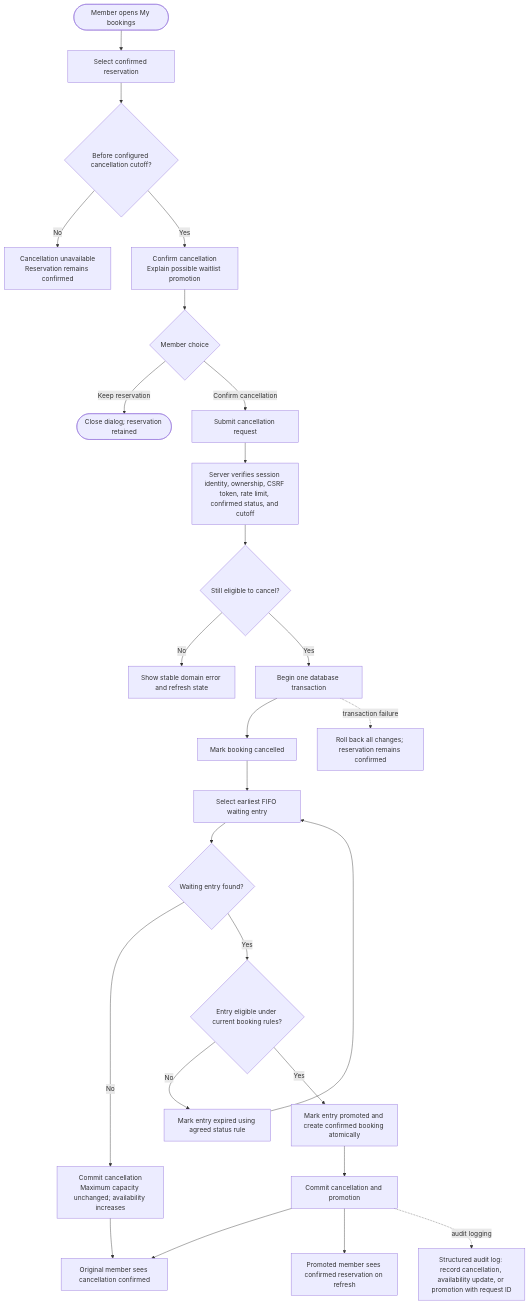
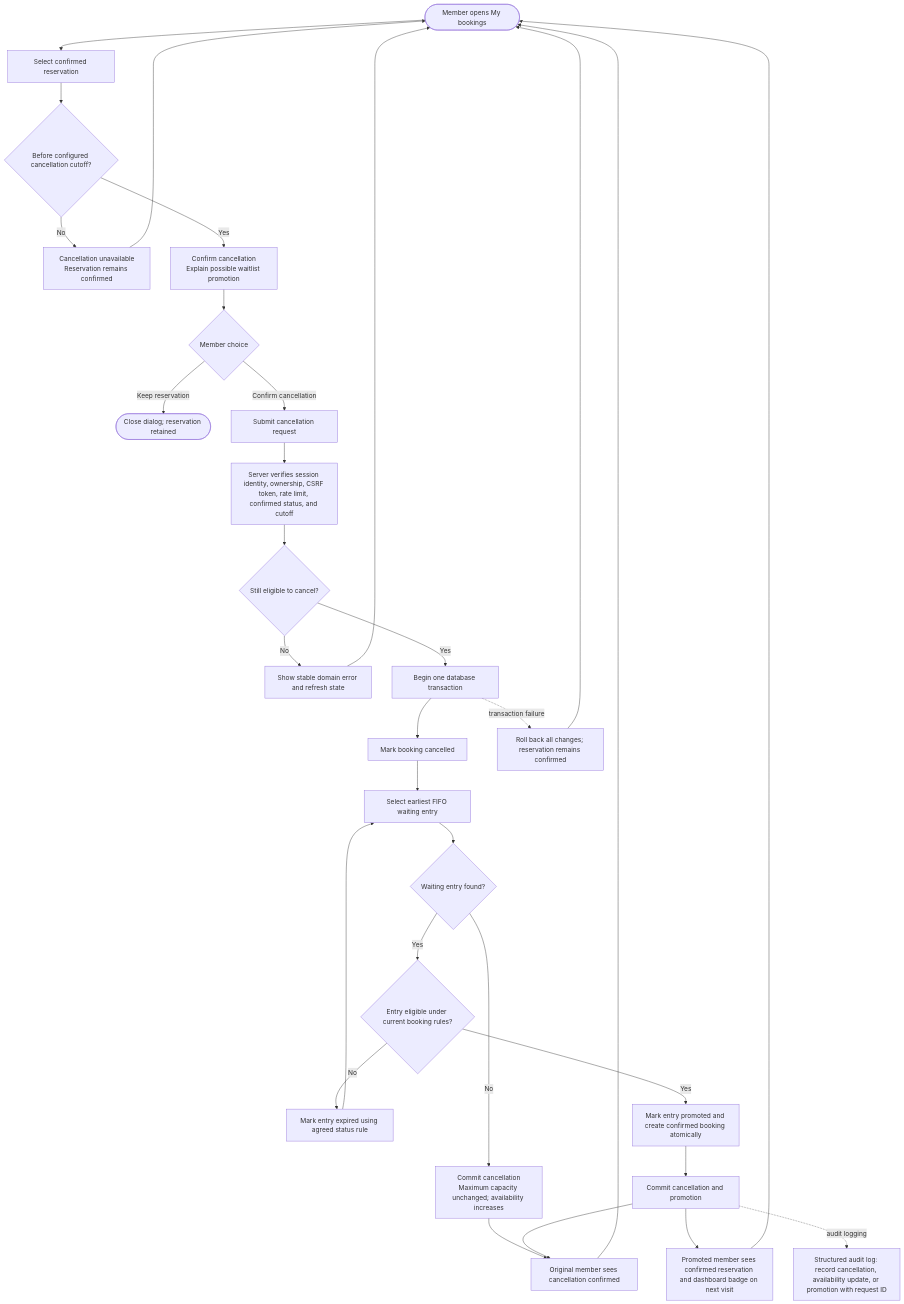
The second of 5 diagrams in second-brain/wiki/design/FitOps User Flows.md (AqueosHeart/fitops), drawn with Mermaid before and after one commit. The commit also changed other lines of this file and 35 other files, not shown here.

Commit message:
better diagraming and wireframe

````diff
--- a/second-brain/wiki/design/FitOps User Flows.md
+++ b/second-brain/wiki/design/FitOps User Flows.md
@@ -169,23 +196,23 @@
 ```mermaid
 flowchart TD
     Start([Member opens My bookings]) --> Select[Select confirmed reservation]
     Select --> CutoffDisplay{Before configured cancellation cutoff?}
-    CutoffDisplay -- No --> Locked["Cancellation unavailable<br/>Reservation remains confirmed"]
+    CutoffDisplay -- No --> Locked["Cancellation unavailable<br/>Reservation remains confirmed"] --> Start
     CutoffDisplay -- Yes --> Dialog["Confirm cancellation<br/>Explain possible waitlist promotion"]
     Dialog --> Choice{Member choice}
     Choice -- Keep reservation --> Retain([Close dialog; reservation retained])
     Choice -- Confirm cancellation --> Submit[Submit cancellation request]
     Submit --> Validate["Server verifies session identity, ownership, CSRF token, rate limit, confirmed status, and cutoff"]
     Validate --> Valid{Still eligible to cancel?}
-    Valid -- No --> Rejected["Show stable domain error and refresh state"]
+    Valid -- No --> Rejected["Show stable domain error and refresh state"] --> Start
     Valid -- Yes --> Transaction[Begin one database transaction] --> CancelBooking[Mark booking cancelled] --> NextEntry[Select earliest FIFO waiting entry]
     NextEntry --> Queue{Waiting entry found?}
-    Queue -- No --> CommitOpen["Commit cancellation<br/>Maximum capacity unchanged; availability increases"] --> CancelSuccess["Original member sees cancellation confirmed"]
+    Queue -- No --> CommitOpen["Commit cancellation<br/>Maximum capacity unchanged; availability increases"] --> CancelSuccess["Original member sees cancellation confirmed"] --> Start
     Queue -- Yes --> Eligible{Entry eligible under current booking rules?}
     Eligible -- No --> ResolveIneligible[Mark entry expired using agreed status rule] --> NextEntry
     Eligible -- Yes --> Promote["Mark entry promoted and create confirmed booking atomically"] --> CommitPromotion[Commit cancellation and promotion]
     CommitPromotion --> CancelSuccess
-    CommitPromotion --> PromotedResult["Promoted member sees confirmed reservation on refresh"]
+    CommitPromotion --> PromotedResult["Promoted member sees confirmed reservation and dashboard badge on next visit"] --> Start
     CommitPromotion -. audit logging .-> AuditLog["Structured audit log: record cancellation, availability update, or promotion with request ID"]
-    Transaction -. transaction failure .-> Rollback["Roll back all changes; reservation remains confirmed"]
+    Transaction -. transaction failure .-> Rollback["Roll back all changes; reservation remains confirmed"] --> Start
 ```
````
